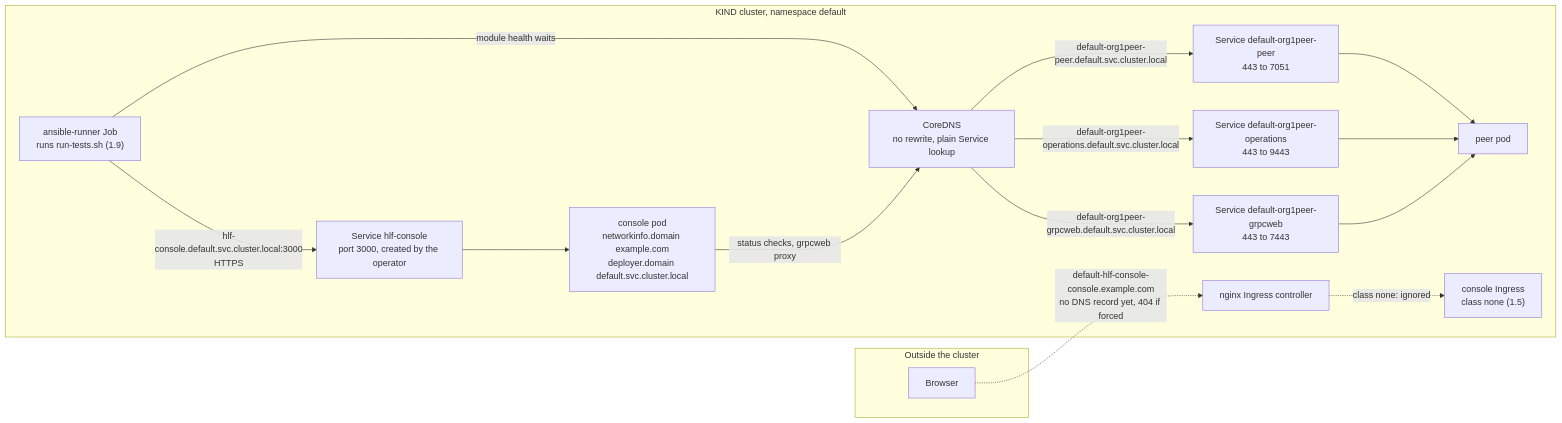
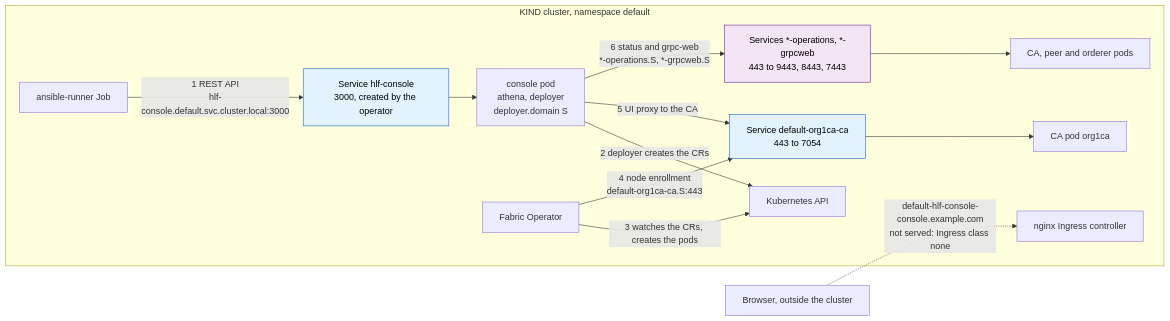
One commit to AndyGuerin-IBM/fabric-ansible-collection changed the fifth of 12 diagrams in plan/move-ingress/SCENARIOS-MERMAID.md. Above: the diagram before and after it, drawn with Mermaid. The commit also changed other lines of this file and 3 other files, not shown here.

````diff
--- a/plan/move-ingress/SCENARIOS-MERMAID.md
+++ b/plan/move-ingress/SCENARIOS-MERMAID.md
@@ -37,29 +207,30 @@
 ```mermaid
 flowchart LR
-  subgraph out["Outside the cluster"]
-    web["Browser"]
+  web["Browser, outside the cluster"]
+  subgraph k8s["KIND cluster, namespace default"]
+    job["ansible-runner Job"]
+    svcC["Service hlf-console<br/>3000, created by the operator"]
+    console["console pod<br/>athena, deployer<br/>deployer.domain S"]
+    api["Kubernetes API"]
+    op["Fabric Operator"]
+    sCA["Service default-org1ca-ca<br/>443 to 7054"]
+    ca["CA pod org1ca"]
+    sOps["Services *-operations, *-grpcweb<br/>443 to 9443, 8443, 7443"]
+    nodes["CA, peer and orderer pods"]
+    nginx["nginx Ingress controller"]
   end
-  subgraph kind["KIND cluster, namespace default"]
-    job["ansible-runner Job<br/>runs run-tests.sh (1.9)"]
-    svcC["Service hlf-console<br/>port 3000, created by the operator"]
-    console["console pod<br/>networkinfo.domain example.com<br/>deployer.domain default.svc.cluster.local"]
-    dns["CoreDNS<br/>no rewrite, plain Service lookup"]
-    sP["Service default-org1peer-peer<br/>443 to 7051"]
-    sO["Service default-org1peer-operations<br/>443 to 9443"]
-    sW["Service default-org1peer-grpcweb<br/>443 to 7443"]
-    peer["peer pod"]
-    nginx["nginx Ingress controller"]
-    ingC["console Ingress<br/>class none (1.5)"]
-  end
-  job -->|"hlf-console.default.svc.cluster.local:3000<br/>HTTPS"| svcC --> console
-  job -->|"module health waits"| dns
-  console -->|"status checks, grpcweb proxy"| dns
-  dns -->|"default-org1peer-peer.default.svc.cluster.local"| sP
-  dns -->|"default-org1peer-operations.default.svc.cluster.local"| sO
-  dns -->|"default-org1peer-grpcweb.default.svc.cluster.local"| sW
-  sP --> peer
-  sO --> peer
-  sW --> peer
-  web -.->|"default-hlf-console-console.example.com<br/>no DNS record yet, 404 if forced"| nginx
-  nginx -.->|"class none: ignored"| ingC
+  job -->|"1 REST API<br/>hlf-console.default.svc.cluster.local:3000"| svcC
+  svcC --> console
+  console -->|"2 deployer creates the CRs"| api
+  op -->|"3 watches the CRs, creates the pods"| api
+  op -->|"4 node enrollment<br/>default-org1ca-ca.S:443"| sCA
+  sCA --> ca
+  console -->|"5 UI proxy to the CA"| sCA
+  console -->|"6 status and grpc-web<br/>*-operations.S, *-grpcweb.S"| sOps
+  sOps --> nodes
+  web -.->|"default-hlf-console-console.example.com<br/>not served: Ingress class none"| nginx
+  classDef blue fill:#e3f2fd,stroke:#1565c0,color:#000
+  classDef purple fill:#f3e5f5,stroke:#6a1b9a,color:#000
+  class svcC,sCA blue
+  class sOps purple
 ```
````
